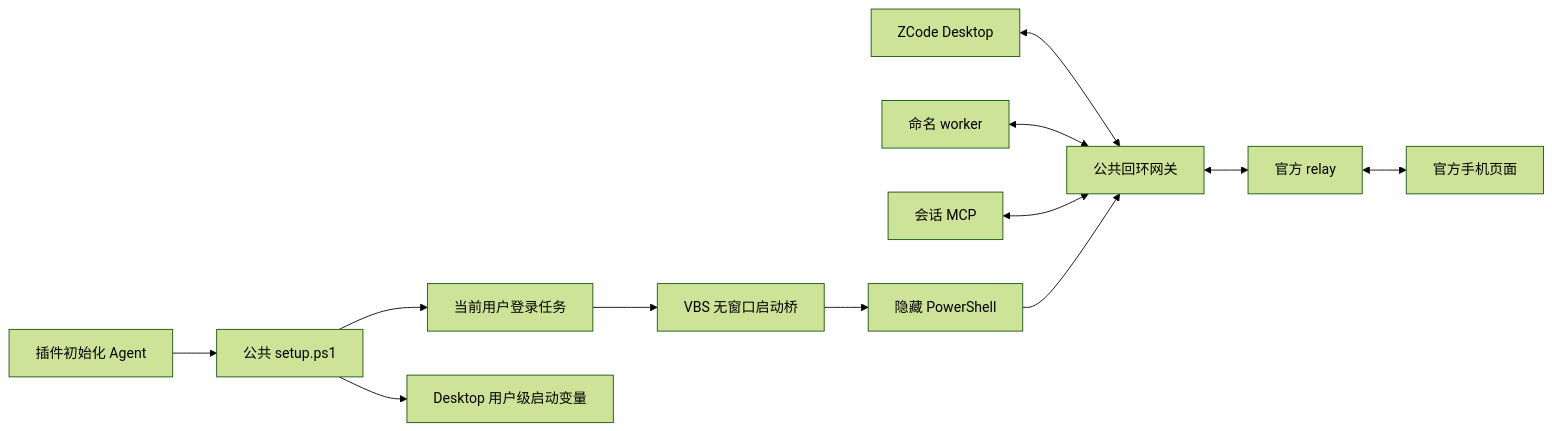
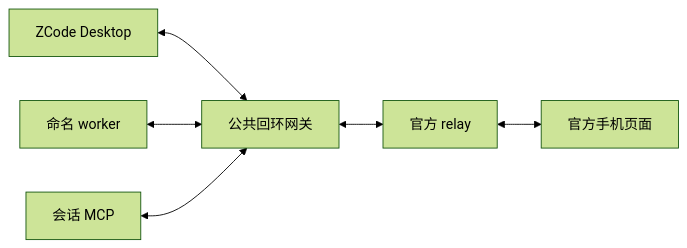
One commit to LeoK77S/ZCode-Plugins changed the diagram in suian-zcode-common/README.md. Above: the diagram before and after it, drawn with Mermaid (forest theme). The commit also changed other lines of this file and 15 other files, not shown here.

````diff
--- a/suian-zcode-common/README.md
+++ b/suian-zcode-common/README.md
@@ -15,14 +18,8 @@
 ```mermaid
 flowchart LR
   Desktop[ZCode Desktop] <--> Gateway[公共回环网关]
   Gateway <--> Relay[官方 relay]
   Relay <--> Phone[官方手机页面]
   Naming[命名 worker] <--> Gateway
   MCP[会话 MCP] <--> Gateway
-  Agent[插件初始化 Agent] --> Setup[公共 setup.ps1]
-  Setup --> Task[当前用户登录任务]
-  Task --> VBS[VBS 无窗口启动桥]
-  VBS --> PS[隐藏 PowerShell]
-  PS --> Gateway
-  Setup --> Env[Desktop 用户级启动变量]
 ```
````
